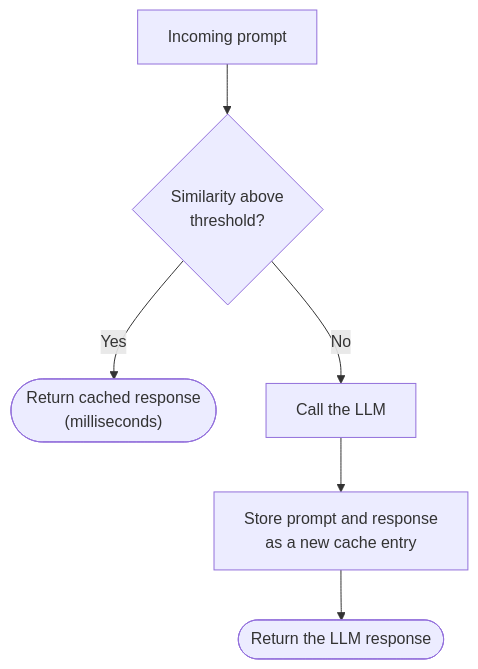
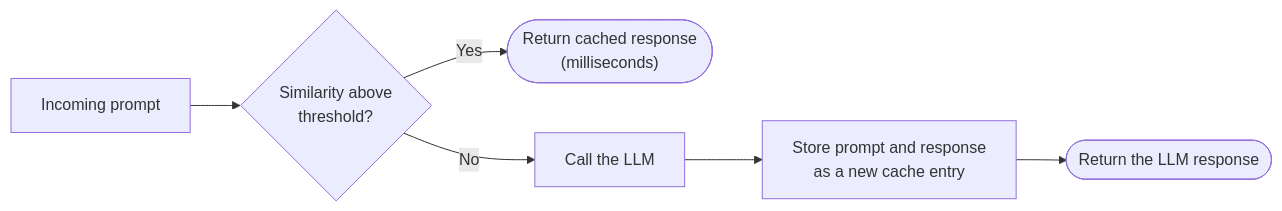
The diagram in content/develop/ai/context-engine/langcache/concepts.md (redis/docs), drawn with Mermaid before and after one commit. The commit also changed 7 other files, not shown here.

First line of the commit message:
Add interactive context-map diagram to Iris concepts page

````diff
--- a/content/develop/ai/context-engine/langcache/concepts.md
+++ b/content/develop/ai/context-engine/langcache/concepts.md
@@ -20,8 +20,8 @@
 ```mermaid {width="70%"}
-graph TB
+graph LR
     A["Incoming prompt"] --> B{"Similarity above<br/>threshold?"}
     B -->|Yes| C(["Return cached response<br/>(milliseconds)"])
     B -->|No| D["Call the LLM"]
     D --> E["Store prompt and response<br/>as a new cache entry"]
     E --> F(["Return the LLM response"])
 ```
````
